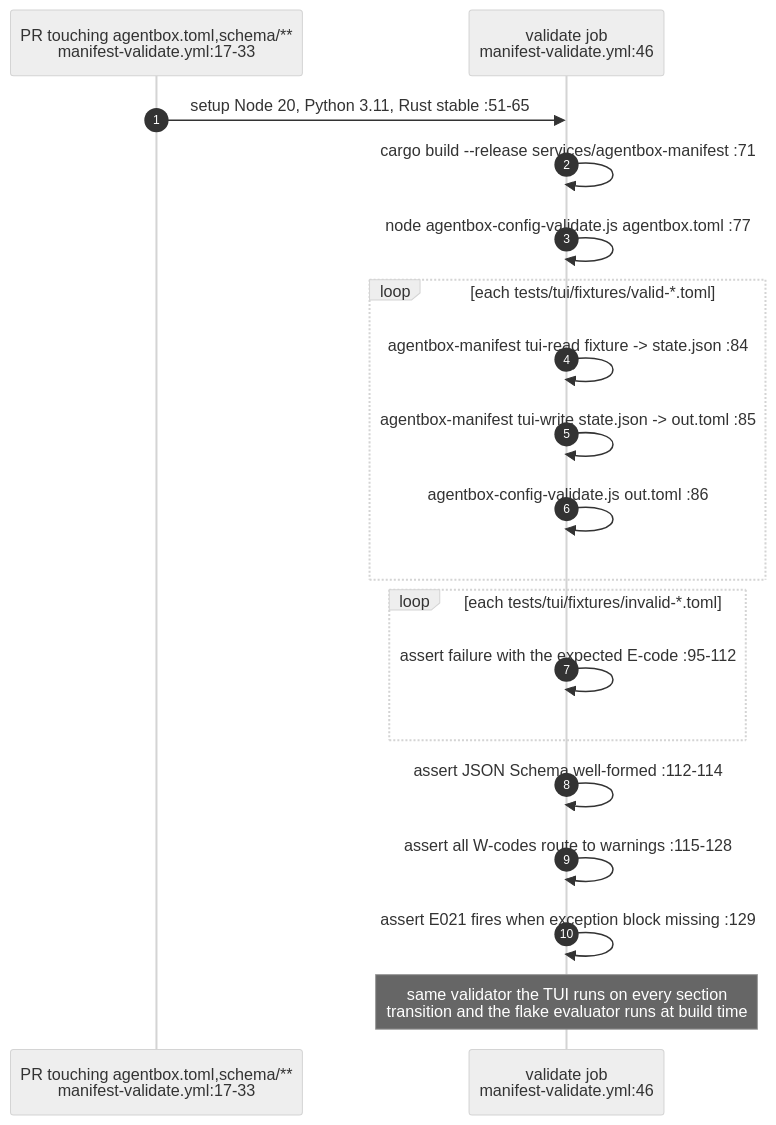
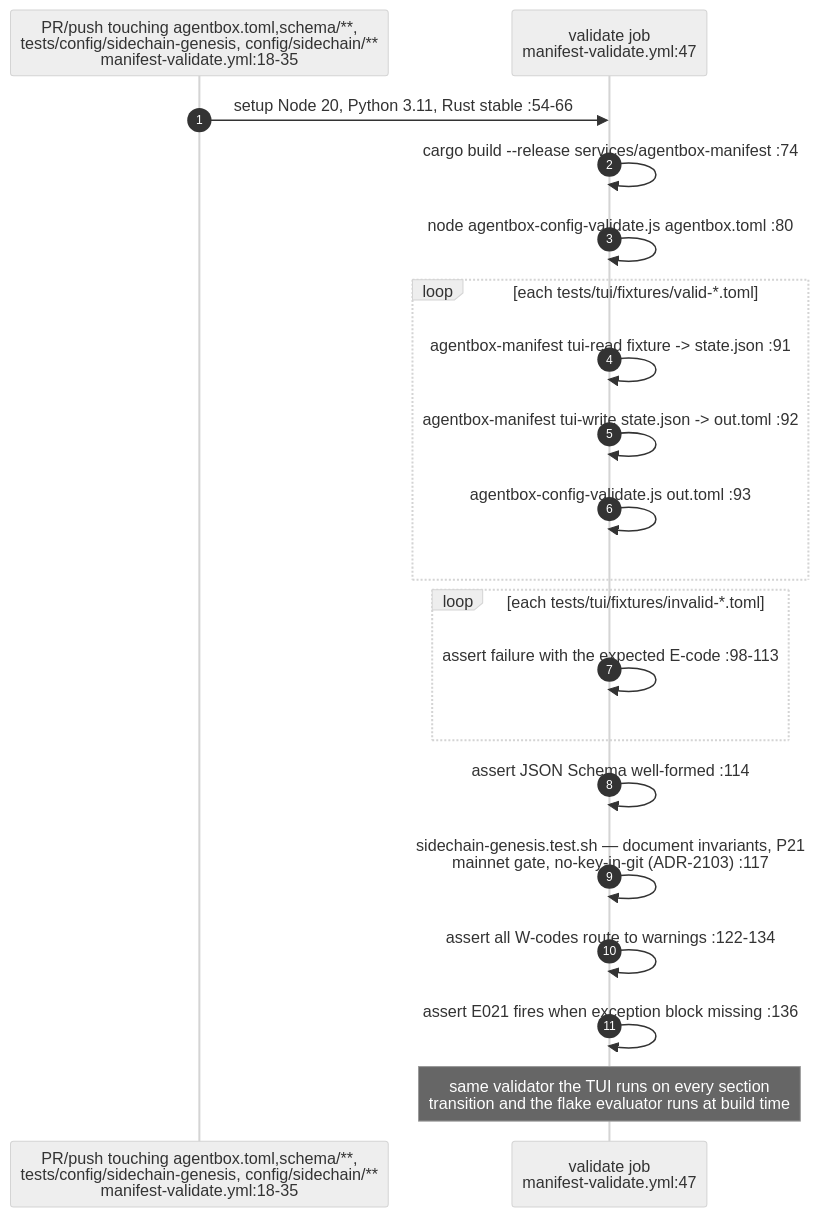
Diagram 17 of 23 in docs/diagrams/estate/09-build-deploy-and-ci-estate.md (DreamLab-AI/VisionFlow), drawn with Mermaid (neutral theme) before and after one commit. The commit also changed other lines of this file and 136 other files, not shown here.

First line of the commit message:
docs(diagrams): refresh the whole corpus to code HEAD and prune low-value diagrams

````diff
--- a/docs/diagrams/estate/09-build-deploy-and-ci-estate.md
+++ b/docs/diagrams/estate/09-build-deploy-and-ci-estate.md
@@ -563,22 +560,23 @@
 ```mermaid
 sequenceDiagram
     autonumber
-    participant GH as PR touching agentbox.toml,schema/**<br/>manifest-validate.yml:17-33
-    participant V as validate job<br/>manifest-validate.yml:46
+    participant GH as PR/push touching agentbox.toml,schema/**,<br/>tests/config/sidechain-genesis, config/sidechain/**<br/>manifest-validate.yml:18-35
+    participant V as validate job<br/>manifest-validate.yml:47
 
-    GH->>V: setup Node 20, Python 3.11, Rust stable :51-65
-    V->>V: cargo build --release services/agentbox-manifest :71
-    V->>V: node agentbox-config-validate.js agentbox.toml :77
+    GH->>V: setup Node 20, Python 3.11, Rust stable :54-66
+    V->>V: cargo build --release services/agentbox-manifest :74
+    V->>V: node agentbox-config-validate.js agentbox.toml :80
     loop each tests/tui/fixtures/valid-*.toml
-        V->>V: agentbox-manifest tui-read fixture -> state.json :84
-        V->>V: agentbox-manifest tui-write state.json -> out.toml :85
-        V->>V: agentbox-config-validate.js out.toml :86
+        V->>V: agentbox-manifest tui-read fixture -> state.json :91
+        V->>V: agentbox-manifest tui-write state.json -> out.toml :92
+        V->>V: agentbox-config-validate.js out.toml :93
     end
     loop each tests/tui/fixtures/invalid-*.toml
-        V->>V: assert failure with the expected E-code :95-112
+        V->>V: assert failure with the expected E-code :98-113
     end
-    V->>V: assert JSON Schema well-formed :112-114
-    V->>V: assert all W-codes route to warnings :115-128
-    V->>V: assert E021 fires when exception block missing :129
+    V->>V: assert JSON Schema well-formed :114
+    V->>V: sidechain-genesis.test.sh — document invariants, P21<br/>mainnet gate, no-key-in-git (ADR-2103) :117
+    V->>V: assert all W-codes route to warnings :122-134
+    V->>V: assert E021 fires when exception block missing :136
     Note over V: same validator the TUI runs on every section<br/>transition and the flake evaluator runs at build time
 ```
````
